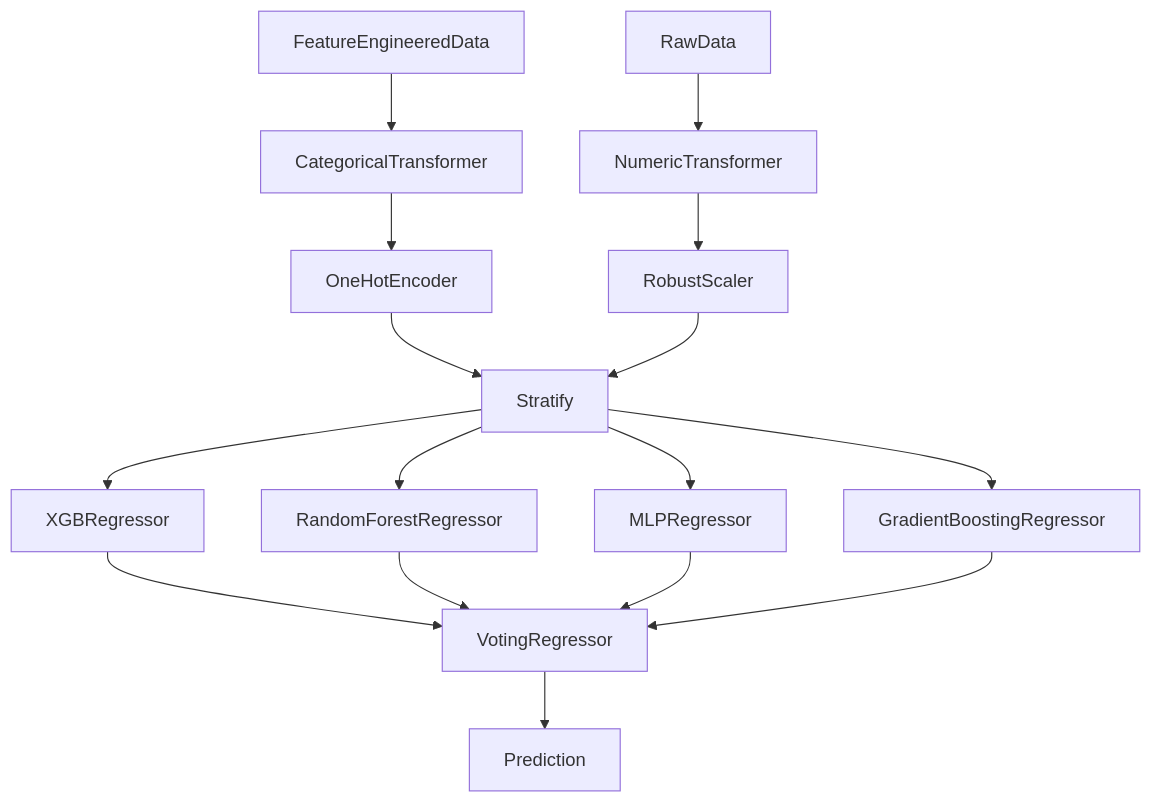
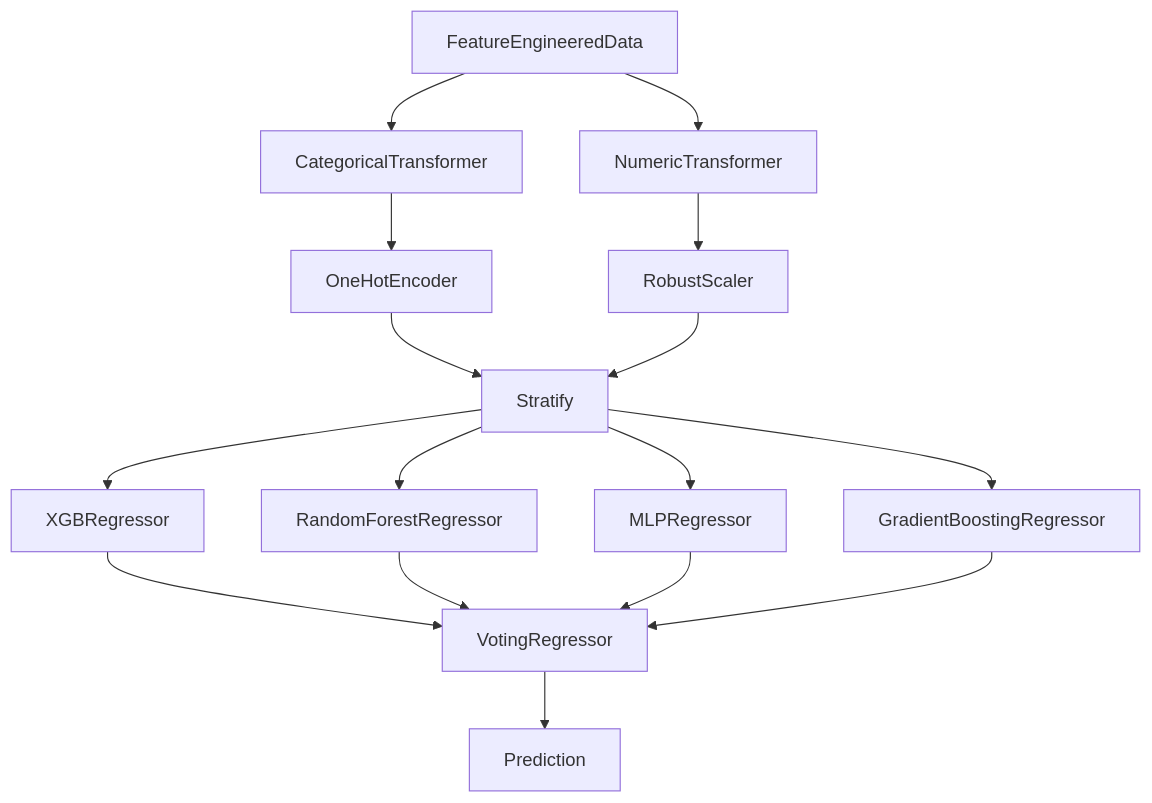
Before and after one commit to NickBok/Baseball: the diagram in Distance-Predictor/README.md, drawn with Mermaid.

````diff
--- a/Distance-Predictor/README.md
+++ b/Distance-Predictor/README.md
@@ -71,20 +71,20 @@
 ```mermaid
 graph TB
       FeatureEngineeredData --> CategoricalTransformer;
-      RawData --> NumericTransformer;
+      FeatureEngineeredData --> NumericTransformer;
       CategoricalTransformer --> OneHotEncoder;
       OneHotEncoder --> Stratify;
       NumericTransformer --> RobustScaler;
       RobustScaler --> Stratify;
 
       Stratify-->XGBRegressor;
       Stratify-->RandomForestRegressor;
       Stratify-->MLPRegressor;
       Stratify-->GradientBoostingRegressor;
       XGBRegressor-->VotingRegressor;
       RandomForestRegressor-->VotingRegressor;
       MLPRegressor-->VotingRegressor;
       GradientBoostingRegressor-->VotingRegressor;
 
       VotingRegressor --> Prediction;
 ```
````
